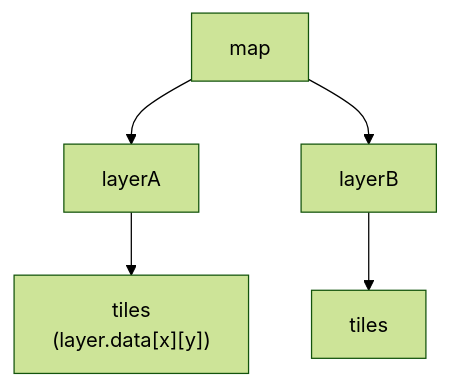
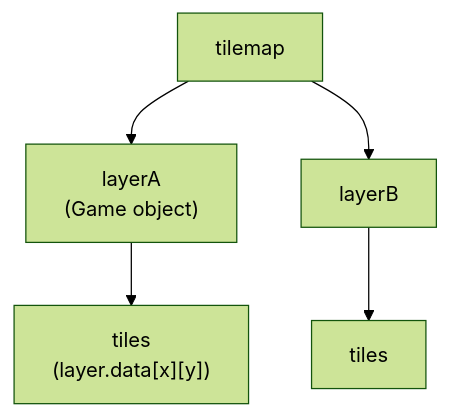
The diagram in docs/docs/tilemap.md (rexrainbow/phaser3-rex-notes), drawn with Mermaid (forest theme) before and after one commit. The commit also changed 374 other files, not shown here.

````diff
--- a/docs/docs/tilemap.md
+++ b/docs/docs/tilemap.md
@@ -11,9 +11,9 @@
 ```mermaid
-graph TD
+graph TB
 
-map --> layerA
-map --> layerB
+tilemap --> layerA["layerA<br>(Game object)"]
+tilemap --> layerB
 
 layerA --> tilesA["tiles<br>(layer.data[x][y])"]
 layerB --> tilesB["tiles"]
 ```
````
